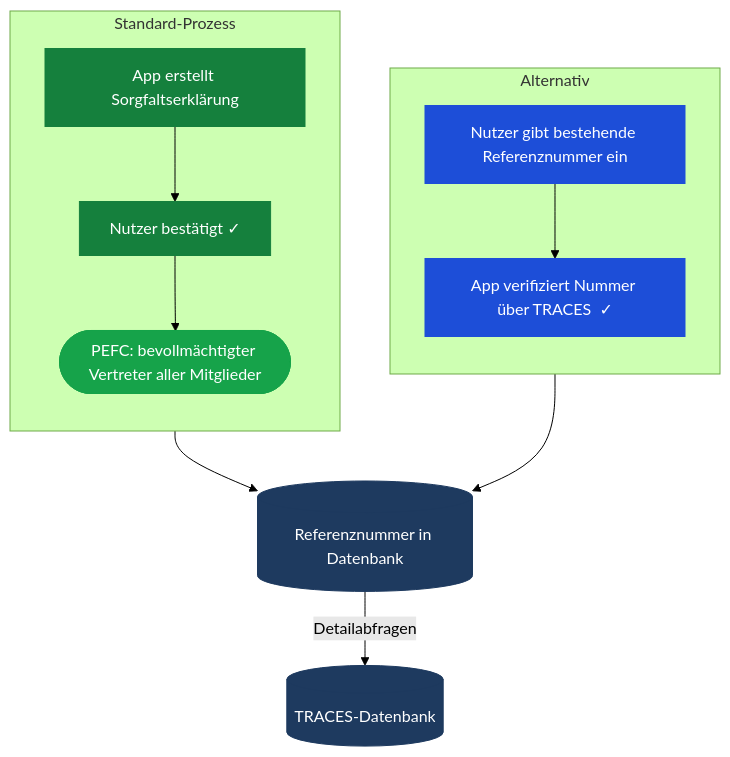
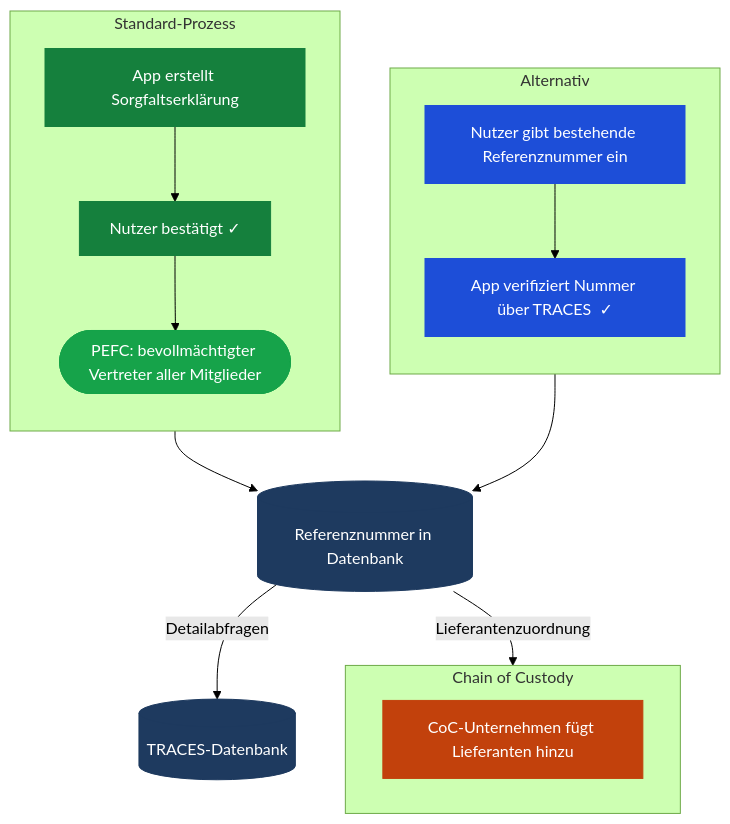
The diagram in slides.md (w3geo/pefc-pitch), drawn with Mermaid (forest theme) before and after one commit. The commit also changed other lines of this file, not shown here.

Commit message:
Add CoC to EUDR slide

````diff
--- a/slides.md
+++ b/slides.md
@@ -209,26 +209,32 @@
 ```mermaid {theme: 'neutral', scale: 0.6}
 flowchart TB
     subgraph std ["Standard-Prozess"]
         direction TB
         A["App erstellt Sorgfaltserklärung"] --> B["Nutzer bestätigt ✓"]
         B --> C(["PEFC: bevollmächtigter Vertreter aller Mitglieder"])
     end
     subgraph alt ["Alternativ"]
         direction TB
         D["Nutzer gibt bestehende Referenznummer ein"]
         D --> E["App verifiziert Nummer über TRACES  ✓"]
     end
+    subgraph coc ["Chain of Custody"]
+        F["CoC-Unternehmen fügt Lieferanten hinzu"]
+    end
     std --> DB[(Referenznummer in Datenbank)]
     alt --> DB
     DB -->|"Detailabfragen"| TR[(TRACES-Datenbank)]
+    DB -->|"Lieferantenzuordnung"| coc
 
     classDef green fill:#15803d,color:white,stroke:#15803d
     classDef pill fill:#16a34a,color:white,stroke:#16a34a
     classDef blue fill:#1d4ed8,color:white,stroke:#1d4ed8
     classDef db fill:#1e3a5f,color:white,stroke:#1e3a5f
+    classDef orange fill:#c2410c,color:white,stroke:#c2410c
 
     class A,B green
     class C pill
     class D,E blue
     class DB,TR db
+    class F orange
 ```
````
